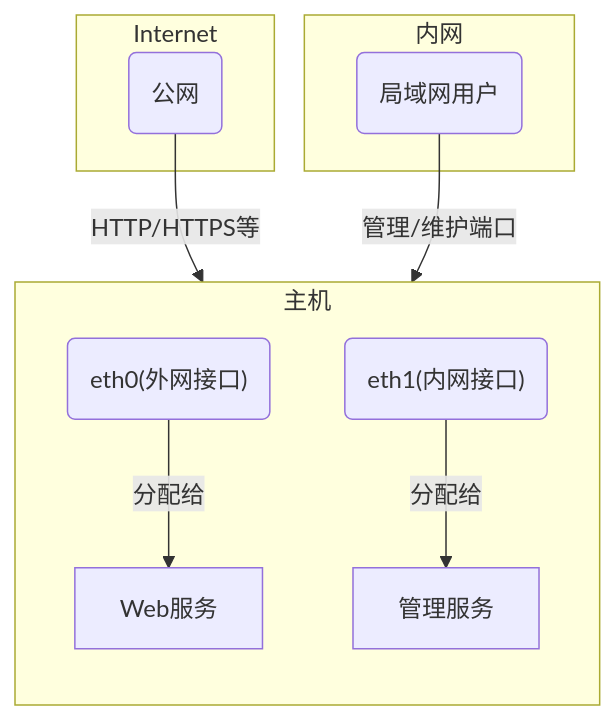
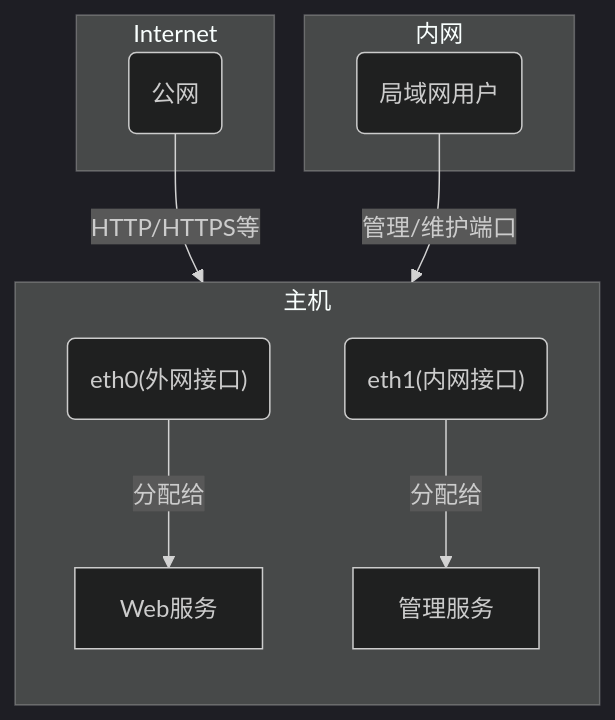
Before and after one commit to superAlibi/notes: the second of 5 diagrams in notes/blogs/firewalld/index.md, drawn with Mermaid. The commit also changed other lines of this file, not shown here.

Commit message:
cursor增加流程图补充

````diff
--- a/notes/blogs/firewalld/index.md
+++ b/notes/blogs/firewalld/index.md
@@ -157,21 +158,22 @@
 ```mermaid
+%%{init: {'theme':'dark'}}%%
 flowchart TD
   subgraph Internet
     A1(公网)
   end
   subgraph 主机
     direction TB;
     eth0("eth0(外网接口)")
     eth1("eth1(内网接口)")
     web[Web服务]
     admin[管理服务]
   end
   subgraph 内网
     LAN(局域网用户)
   end
 
   A1 -- HTTP/HTTPS等 --> eth0
   eth0 --分配给--> web
   eth1 --分配给--> admin
   LAN --管理/维护端口--> eth1
 ```
````
